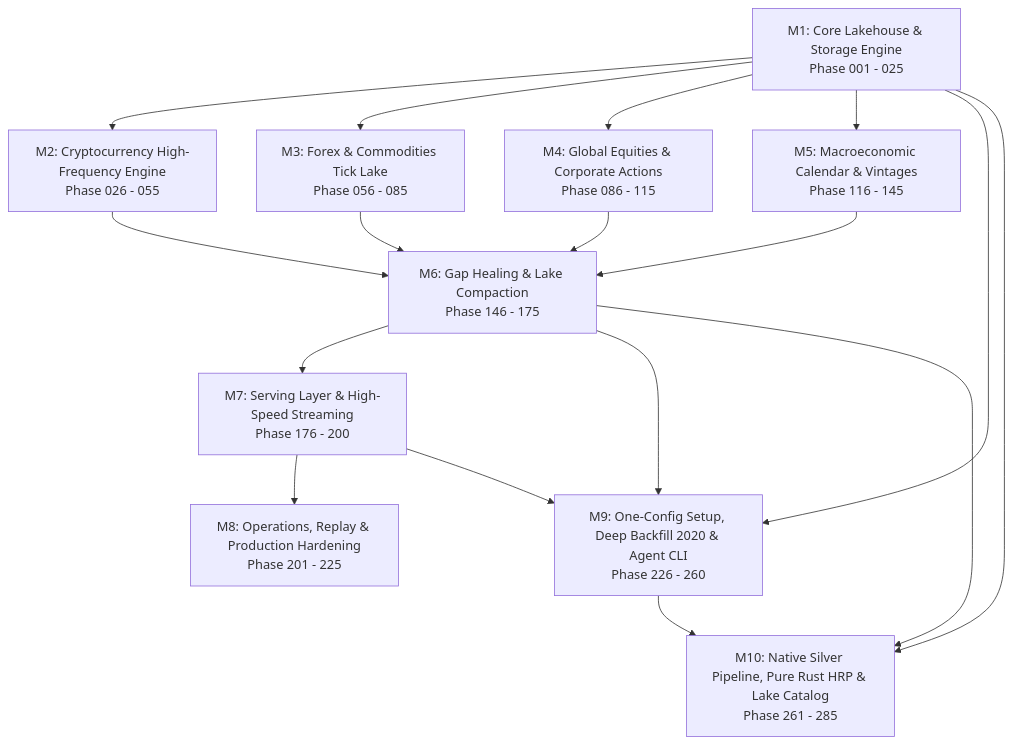
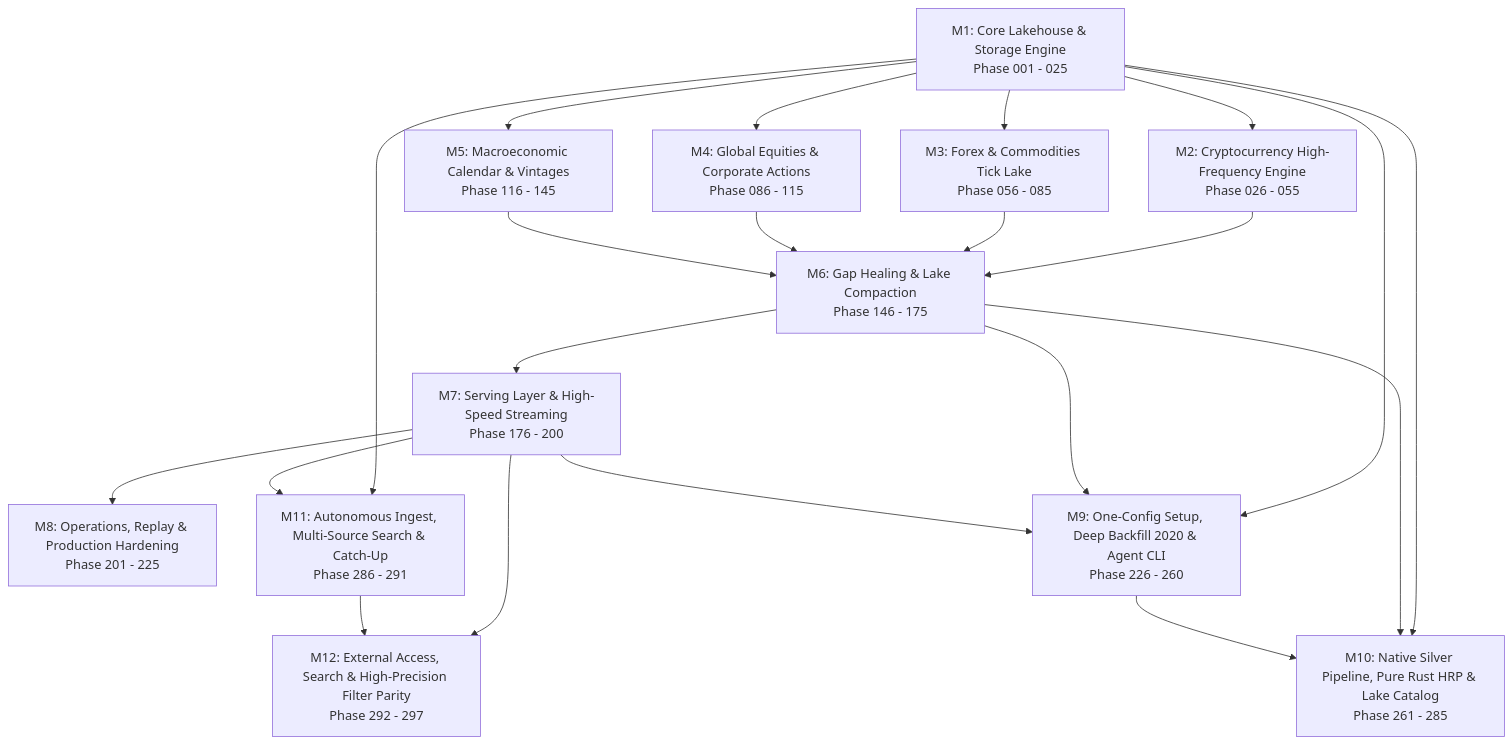
The diagram in docs/roadmap/ROADMAP.md (ihkaru/economy-aggregator), drawn with Mermaid before and after one commit. The commit also changed other lines of this file and 2 other files, not shown here.

Commit message:
docs(roadmap): add Milestone 12 for external system access, search, and high-precision lakehouse filter parity

````diff
--- a/docs/roadmap/ROADMAP.md
+++ b/docs/roadmap/ROADMAP.md
@@ -13,12 +13,14 @@
 ```mermaid
 flowchart TD
     M1[M1: Core Lakehouse & Storage Engine<br/>Phase 001 - 025] --> M2[M2: Cryptocurrency High-Frequency Engine<br/>Phase 026 - 055]
     M1 --> M3[M3: Forex & Commodities Tick Lake<br/>Phase 056 - 085]
     M1 --> M4[M4: Global Equities & Corporate Actions<br/>Phase 086 - 115]
     M1 --> M5[M5: Macroeconomic Calendar & Vintages<br/>Phase 116 - 145]
     M2 & M3 & M4 & M5 --> M6[M6: Gap Healing & Lake Compaction<br/>Phase 146 - 175]
     M6 --> M7[M7: Serving Layer & High-Speed Streaming<br/>Phase 176 - 200]
     M7 --> M8[M8: Operations, Replay & Production Hardening<br/>Phase 201 - 225]
     M1 & M6 & M7 --> M9[M9: One-Config Setup, Deep Backfill 2020 & Agent CLI<br/>Phase 226 - 260]
     M1 & M6 & M9 --> M10[M10: Native Silver Pipeline, Pure Rust HRP & Lake Catalog<br/>Phase 261 - 285]
+    M1 & M7 --> M11[M11: Autonomous Ingest, Multi-Source Search & Catch-Up<br/>Phase 286 - 291]
+    M7 & M11 --> M12[M12: External Access, Search & High-Precision Filter Parity<br/>Phase 292 - 297]
 ```
````
